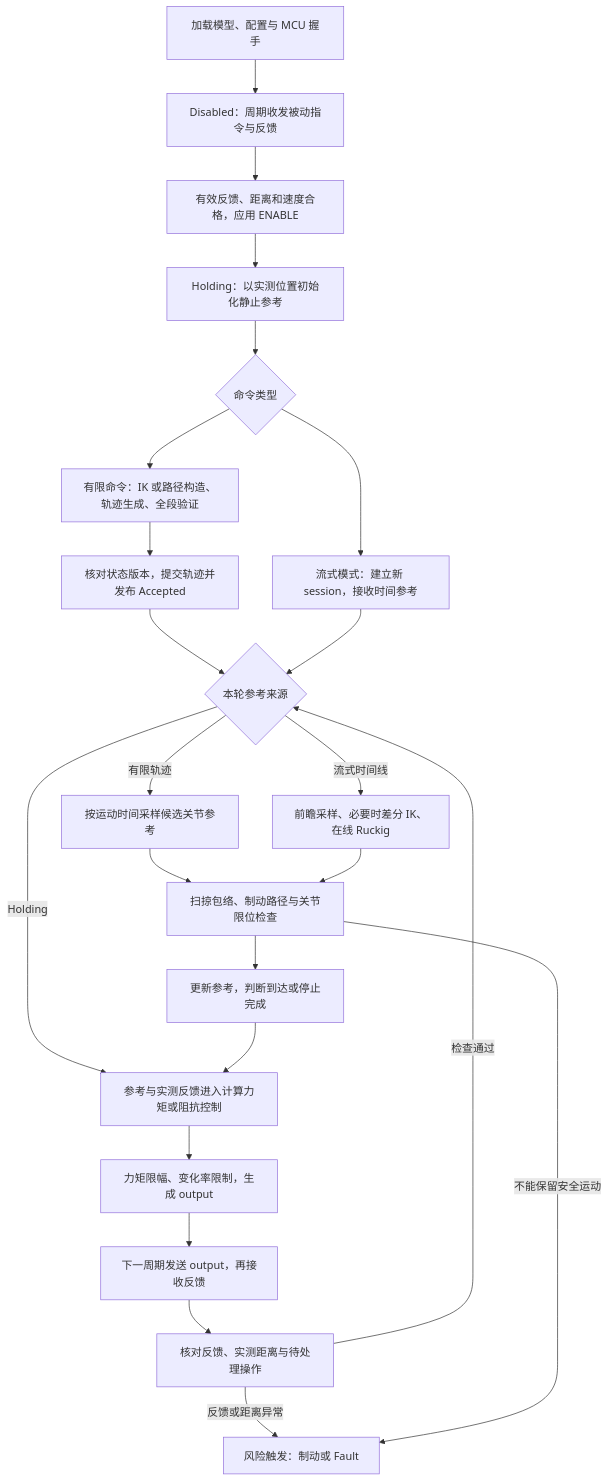
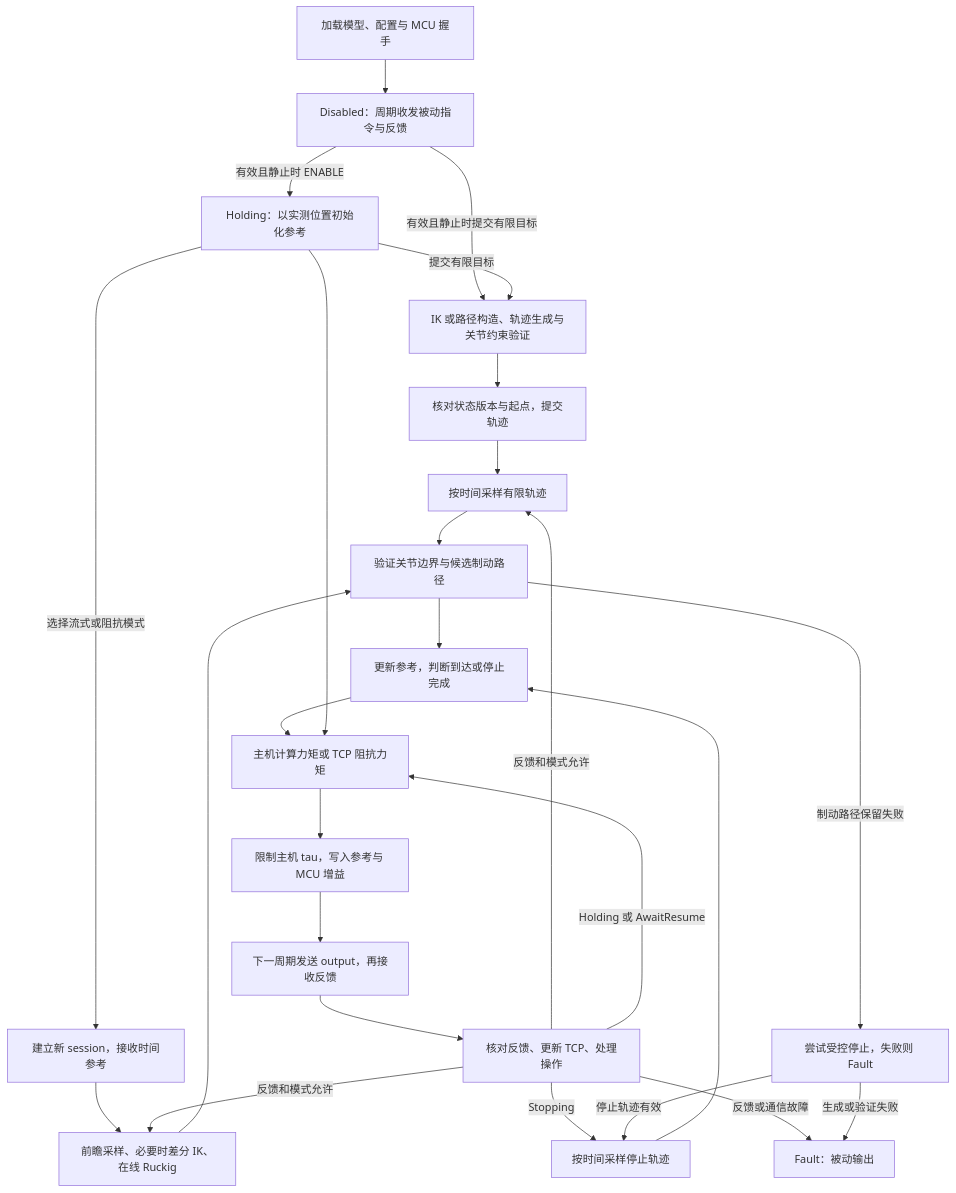
The first of 2 diagrams in src/z1_ros/SDK_ALGORITHMS.md (windiff886/Z1-Dingo-Robot), drawn with Mermaid before and after one commit. The commit also changed other lines of this file and 93 other files, not shown here.

````diff
--- a/src/z1_ros/SDK_ALGORITHMS.md
+++ b/src/z1_ros/SDK_ALGORITHMS.md
@@ -32,25 +34,28 @@
 ```mermaid
 flowchart TD
     A[加载模型、配置与 MCU 握手] --> B[Disabled：周期收发被动指令与反馈]
-    B --> C[有效反馈、距离和速度合格，应用 ENABLE]
-    C --> D[Holding：以实测位置初始化静止参考]
-    D --> E{命令类型}
-    E --> F[有限命令：IK 或路径构造、轨迹生成、全段验证]
-    F --> G[核对状态版本，提交轨迹并发布 Accepted]
-    E --> H[流式模式：建立新 session，接收时间参考]
-    G --> S{本轮参考来源}
-    H --> S
-    S -->|有限轨迹| I[按运动时间采样候选关节参考]
-    S -->|流式时间线| J[前瞻采样、必要时差分 IK、在线 Ruckig]
-    S -->|Holding| M
-    I --> K[扫掠包络、制动路径与关节限位检查]
-    J --> K
-    K --> L[更新参考，判断到达或停止完成]
-    L --> M[参考与实测反馈进入计算力矩或阻抗控制]
-    M --> N[力矩限幅、变化率限制，生成 output]
-    N --> O[下一周期发送 output，再接收反馈]
-    O --> R[核对反馈、实测距离与待处理操作]
-    R -->|检查通过| S
-    R -->|反馈或距离异常| P
-    K -->|不能保留安全运动| P[风险触发：制动或 Fault]
+    B -->|有效且静止时 ENABLE| C[Holding：以实测位置初始化参考]
+    B -->|有效且静止时提交有限目标| D[IK 或路径构造、轨迹生成与关节约束验证]
+    C -->|提交有限目标| D
+    D --> E[核对状态版本与起点，提交轨迹]
+    C -->|选择流式或阻抗模式| F[建立新 session，接收时间参考]
+    E --> G[按时间采样有限轨迹]
+    F --> H[前瞻采样、必要时差分 IK、在线 Ruckig]
+    G --> I[验证关节边界与候选制动路径]
+    H --> I
+    I --> J[更新参考，判断到达或停止完成]
+    J --> K[主机计算力矩或 TCP 阻抗力矩]
+    C --> K
+    K --> L[限制主机 tau，写入参考与 MCU 增益]
+    L --> M[下一周期发送 output，再接收反馈]
+    M --> N[核对反馈、更新 TCP、处理操作]
+    N -->|反馈和模式允许| G
+    N -->|反馈和模式允许| H
+    N -->|Holding 或 AwaitResume| K
+    N -->|Stopping| Q[按时间采样停止轨迹]
+    N -->|反馈或通信故障| O[Fault：被动输出]
+    I -->|制动路径保留失败| P[尝试受控停止，失败则 Fault]
+    P -->|停止轨迹有效| Q
+    P -->|生成或验证失败| O
+    Q --> J
 ```
````
